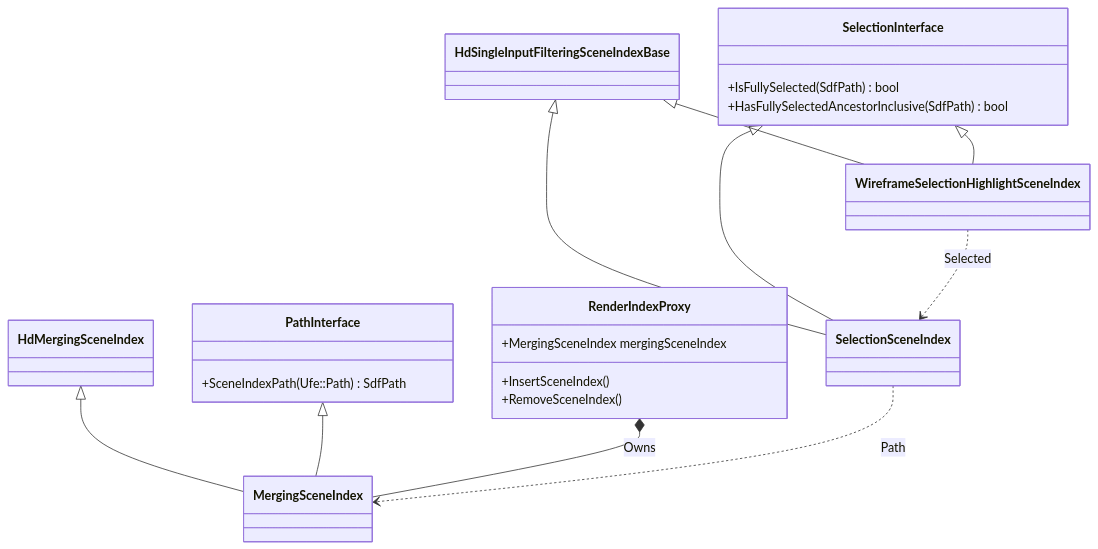
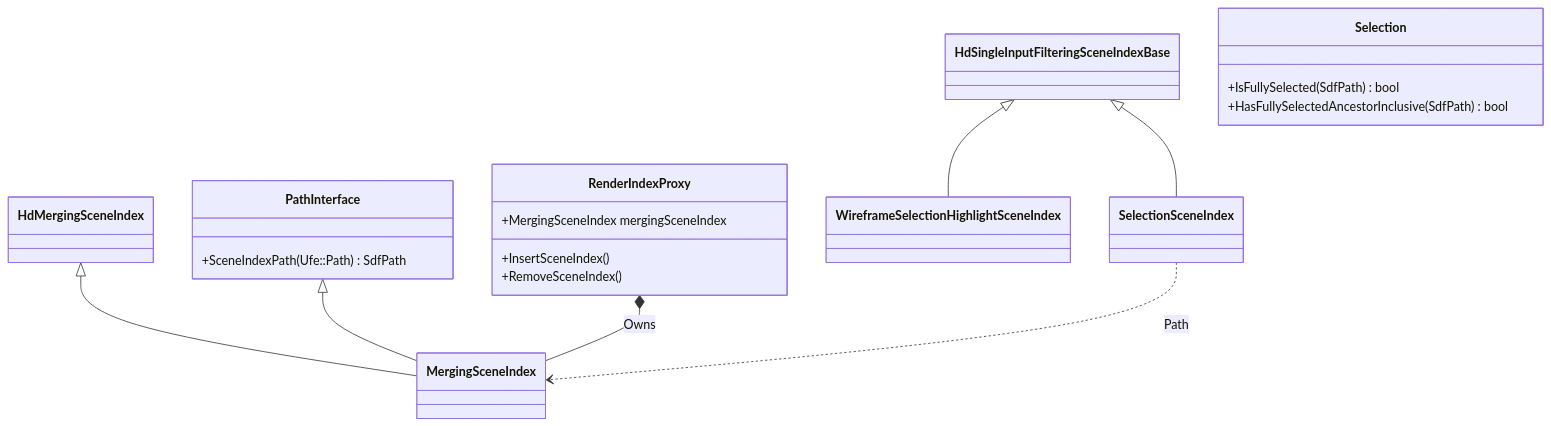
The second of 2 diagrams in doc/selectionHighlightingArchitecture.md (Autodesk/maya-hydra), drawn with Mermaid before and after one commit. The commit also changed other lines of this file, not shown here.

Commit message:
Updated selection highlighting documentation.

````diff
--- a/doc/selectionHighlightingArchitecture.md
+++ b/doc/selectionHighlightingArchitecture.md
@@ -305,38 +305,35 @@
 ```mermaid
 classDiagram
 class HdSingleInputFilteringSceneIndexBase
 class HdMergingSceneIndex
 
-class SelectionInterface{
+class Selection{
 +IsFullySelected(SdfPath) bool
 +HasFullySelectedAncestorInclusive(SdfPath) bool
 }
 
 class PathInterface{
 +SceneIndexPath(Ufe::Path) SdfPath
 }
 
 class SelectionSceneIndex
 class MergingSceneIndex
 class WireframeSelectionHighlightSceneIndex
 
 class RenderIndexProxy{
 +MergingSceneIndex mergingSceneIndex
 +InsertSceneIndex()
 +RemoveSceneIndex()
 }
 
 HdSingleInputFilteringSceneIndexBase <|-- SelectionSceneIndex
-SelectionInterface                   <|-- SelectionSceneIndex
 
 HdMergingSceneIndex <|-- MergingSceneIndex
 PathInterface       <|-- MergingSceneIndex
 
 HdSingleInputFilteringSceneIndexBase <|-- WireframeSelectionHighlightSceneIndex
-SelectionInterface                   <|-- WireframeSelectionHighlightSceneIndex
 
 RenderIndexProxy *-- MergingSceneIndex : Owns
 
-WireframeSelectionHighlightSceneIndex ..> SelectionSceneIndex : Selected
 SelectionSceneIndex ..> MergingSceneIndex : Path
 ```
````
